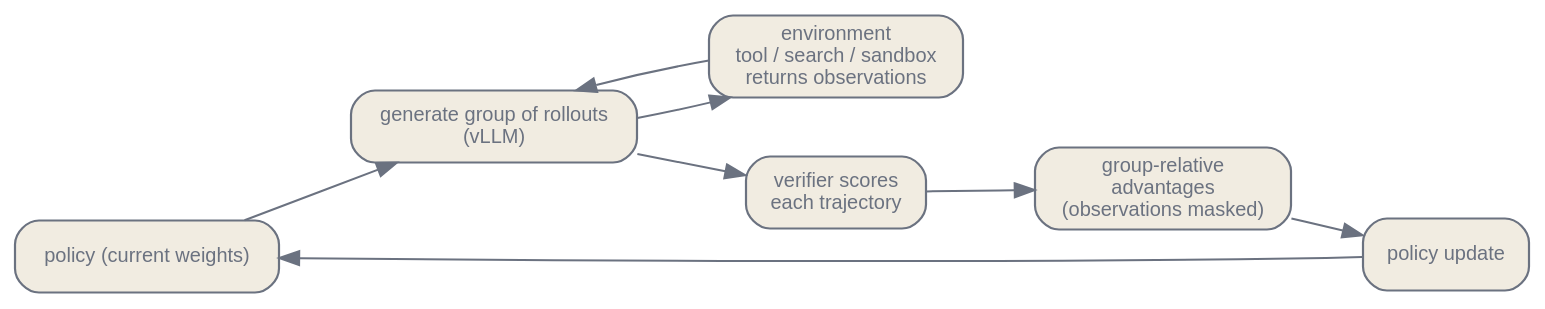
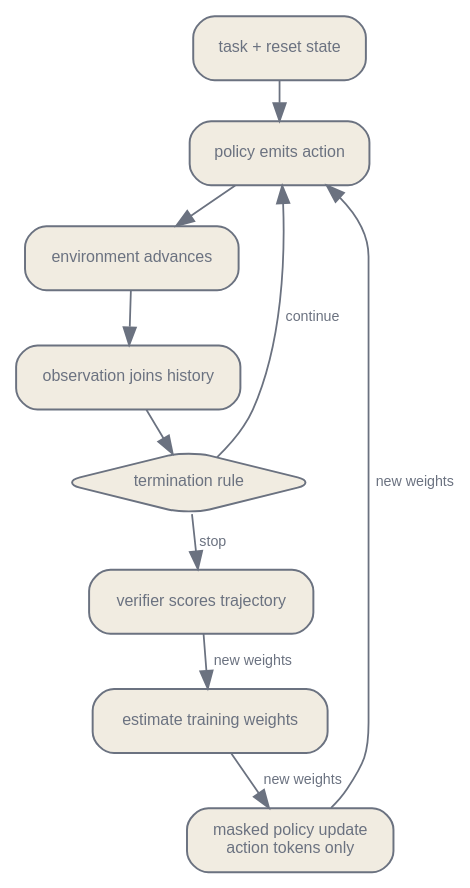
The diagram in en/orchestration/01-training-agents-to-act.qmd (latere-ai/ai-as-an-infrastructure), drawn with Graphviz before and after one commit. The commit also changed other lines of this file and 4 other files, not shown here.

````diff
--- a/en/orchestration/01-training-agents-to-act.qmd
+++ b/en/orchestration/01-training-agents-to-act.qmd
@@ -111,24 +123,26 @@
 ```{dot}
 //| label: fig-agent-rl-loop
-//| fig-cap: "The agentic RL loop. The policy generates a group of full multi-turn rollouts through the environment, interleaving its action tokens with the environment's observation tokens; a verifier scores each trajectory; group-relative normalization turns the scores into advantages, broadcast to the action tokens (with observation tokens masked out) for the policy update. Generation through the environment is the wall-clock bottleneck. After Shao et al. (2024) and Jin et al. (2025)."
+//| fig-cap: "One trajectory-training loop. The policy and environment alternate until a termination rule fires. A verifier then scores the recorded trajectory; an advantage estimator supplies training weights; and the policy update applies a provenance mask so only policy-generated action tokens enter the policy loss. Placement and scheduling choices are omitted here."
 digraph {
   bgcolor="transparent";
-  rankdir=LR;
-  nodesep=0.4; ranksep=0.5;
-  node [shape=box, style="rounded,filled", fontname="Helvetica", fontsize=10, color="#6b7280", fontcolor="#6b7280", fillcolor="#f1ece1", penwidth=1.1];
-  edge [fontsize=10, fontname="Helvetica", color="#6b7280", fontcolor="#6b7280"];
-  pol [label="policy (current weights)"];
-  gen [label="generate group of rollouts\n(vLLM)"];
-  env [label="environment\ntool / search / sandbox\nreturns observations"];
-  ver [label="verifier scores\neach trajectory"];
-  adv [label="group-relative\nadvantages\n(observations masked)"];
-  upd [label="policy update"];
-  pol -> gen;
-  gen -> env;
-  env -> gen;
-  gen -> ver;
-  ver -> adv;
-  adv -> upd;
-  upd -> pol;
+  size="3.2,8.0";
+  rankdir=TB;
+  nodesep=0.2; ranksep=0.3;
+  node [shape=box, style="rounded,filled", fontname="Helvetica", fontsize=9, color="#6b7280", fontcolor="#6b7280", fillcolor="#f1ece1", penwidth=1.1];
+  edge [fontsize=8, fontname="Helvetica", color="#6b7280", fontcolor="#6b7280"];
+
+  TASK [label="task + reset state"];
+  POLICY [label="policy emits action"];
+  ENV [label="environment advances"];
+  OBS [label="observation joins history"];
+  TERM [label="termination rule", shape=diamond];
+  VERIFY [label="verifier scores trajectory"];
+  ADV [label="estimate training weights"];
+  UPDATE [label="masked policy update\naction tokens only"];
+
+  TASK -> POLICY -> ENV -> OBS -> TERM;
+  TERM -> POLICY [label="continue"];
+  TERM -> VERIFY [label="stop"];
+  VERIFY -> ADV -> UPDATE -> POLICY [label="new weights"];
 }
 ```
````
